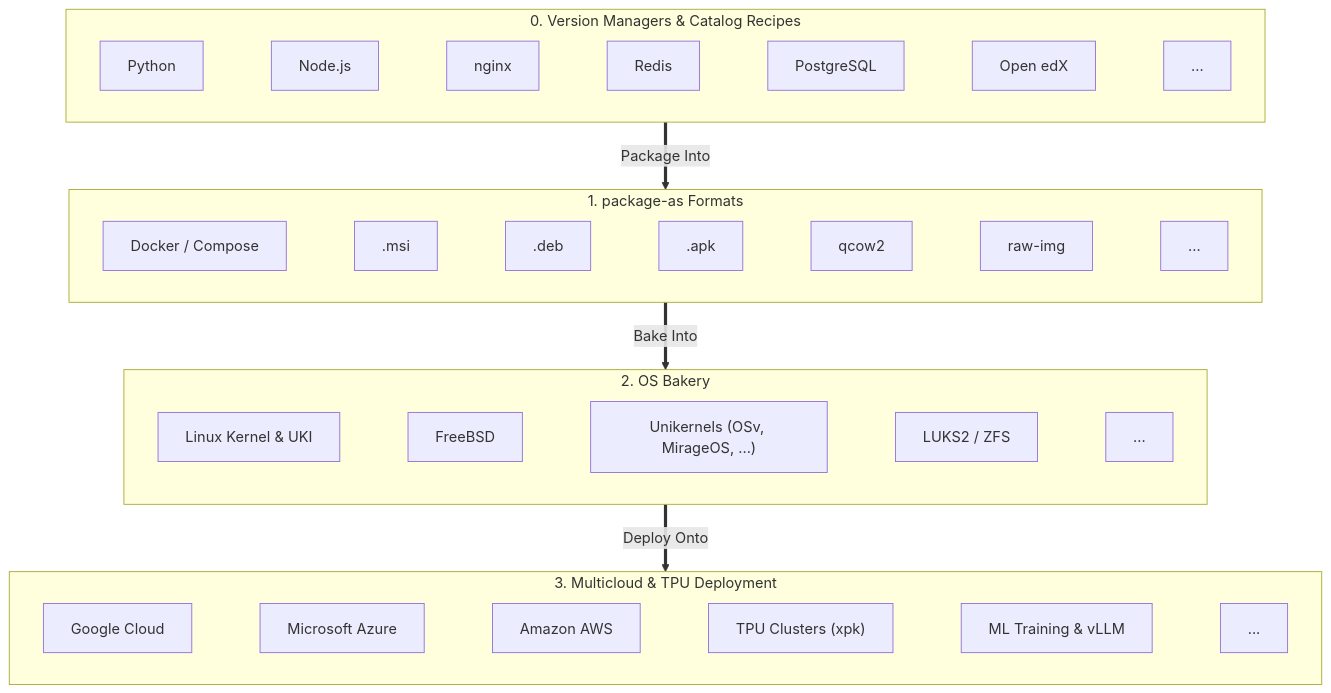
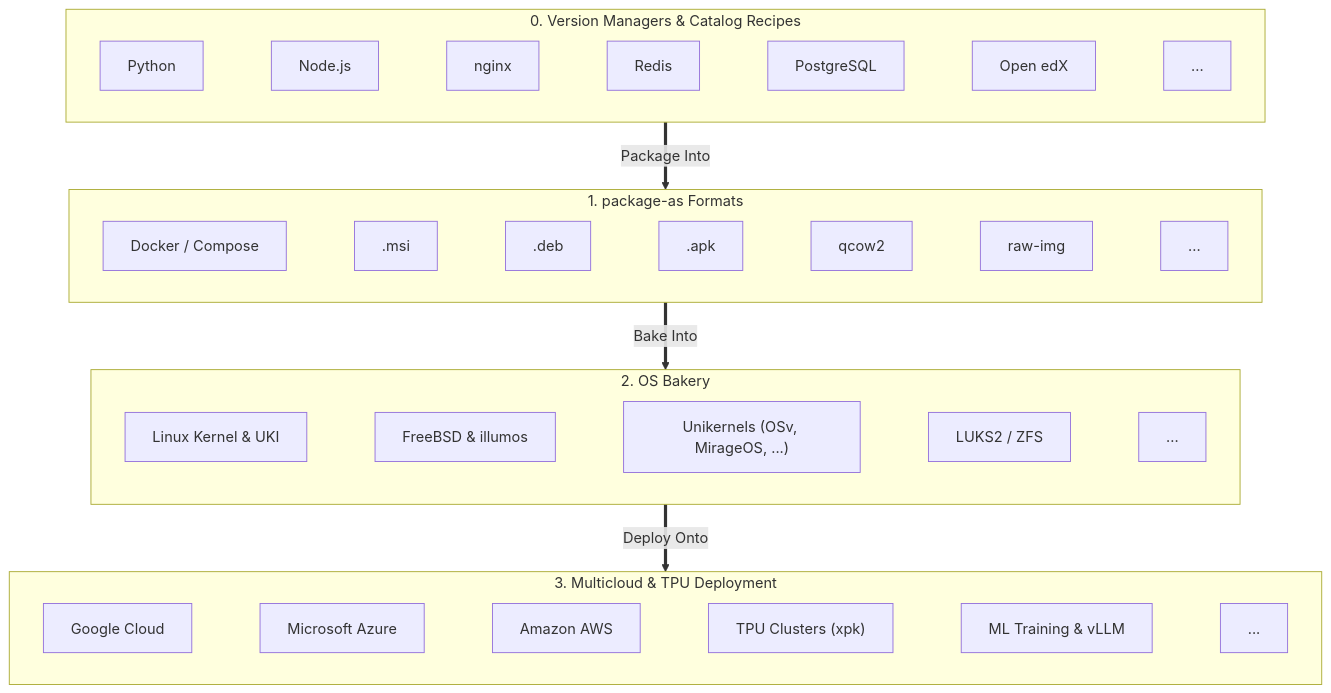
Before and after one commit to SamuelMarks/libscript: the first of 5 diagrams in README.md, drawn with Mermaid. The commit also changed other lines of this file and 17 other files, not shown here.

````diff
--- a/README.md
+++ b/README.md
@@ -18,26 +18,26 @@
 ```mermaid
 flowchart TD
     subgraph T3["3. Multicloud & TPU Deployment"]
         direction LR
         c1["Google Cloud"] ~~~ c2["Microsoft Azure"] ~~~ c3["Amazon AWS"] ~~~ c4["TPU Clusters (xpk)"] ~~~ c5["ML Training & vLLM"] ~~~ c6["..."]
     end
 
     subgraph T2["2. OS Bakery"]
         direction LR
-        k1["Linux Kernel & UKI"] ~~~ k2["FreeBSD"] ~~~ k3["Unikernels (OSv, MirageOS, ...)"] ~~~ k4["LUKS2 / ZFS"] ~~~ k5["..."]
+        k1["Linux Kernel & UKI"] ~~~ k2["FreeBSD & illumos"] ~~~ k3["Unikernels (OSv, MirageOS, ...)"] ~~~ k4["LUKS2 / ZFS"] ~~~ k5["..."]
     end
 
     subgraph T1["1. package-as Formats"]
         direction LR
         p1["Docker / Compose"] ~~~ p2[".msi"] ~~~ p3[".deb"] ~~~ p4[".apk"] ~~~ p5["qcow2"] ~~~ p6["raw-img"] ~~~ p7["..."]
     end
 
     subgraph T0["0. Version Managers & Catalog Recipes"]
         direction LR
         r1["Python"] ~~~ r2["Node.js"] ~~~ r3["nginx"] ~~~ r4["Redis"] ~~~ r5["PostgreSQL"] ~~~ r6["Open edX"] ~~~ r7["..."]
     end
 
     T0 ==>|Package Into| T1
     T1 ==>|Bake Into| T2
     T2 ==>|Deploy Onto| T3
 ```
````
